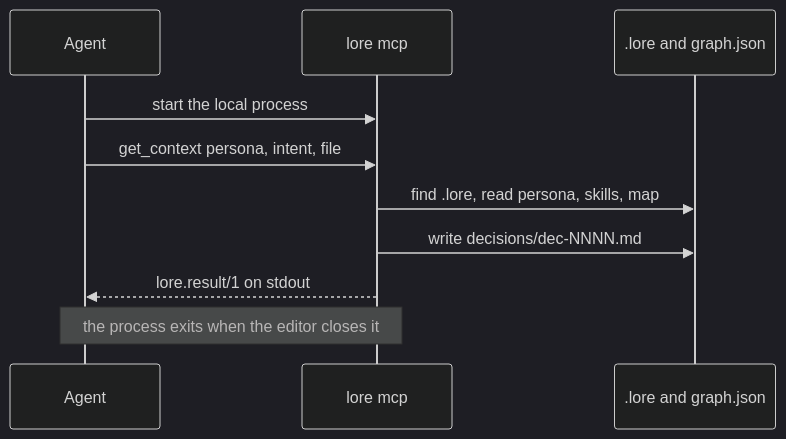
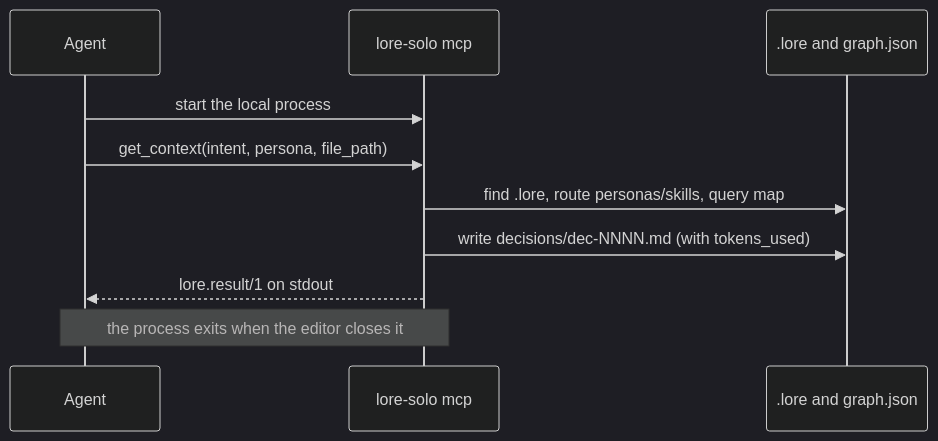
One commit to starrynight-web/LORE changed the fifth of 6 diagrams in docs/solo/HOW_IT_WORKS.md. Above: the diagram before and after it, drawn with Mermaid (dark theme). The commit also changed other lines of this file and 51 other files, not shown here.

````diff
--- a/docs/solo/HOW_IT_WORKS.md
+++ b/docs/solo/HOW_IT_WORKS.md
@@ -197,13 +210,13 @@
 ```mermaid
 sequenceDiagram
   participant Agent
-  participant Lore as lore mcp
+  participant Lore as lore-solo mcp
   participant Disk as .lore and graph.json
 
   Agent->>Lore: start the local process
-  Agent->>Lore: get_context persona, intent, file
-  Lore->>Disk: find .lore, read persona, skills, map
-  Lore->>Disk: write decisions/dec-NNNN.md
+  Agent->>Lore: get_context(intent, persona, file_path)
+  Lore->>Disk: find .lore, route personas/skills, query map
+  Lore->>Disk: write decisions/dec-NNNN.md (with tokens_used)
   Lore-->>Agent: lore.result/1 on stdout
   Note over Agent,Lore: the process exits when the editor closes it
 ```
````
